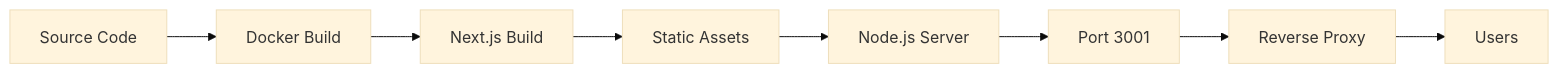
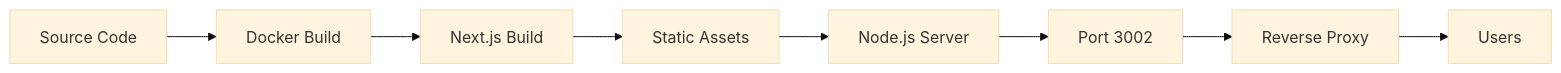
Before and after one commit to Rockerdx/vibe-profile-site: the third of 3 diagrams in ARCHITECTURE.md, drawn with Mermaid (base theme). The commit also changed other lines of this file and 4 other files, not shown here.

````diff
--- a/ARCHITECTURE.md
+++ b/ARCHITECTURE.md
@@ -163,10 +163,10 @@
 ```mermaid
 graph LR
     A[Source Code] --> B[Docker Build]
     B --> C[Next.js Build]
     C --> D[Static Assets]
     D --> E[Node.js Server]
-    E --> F[Port 3001]
+    E --> F[Port 3002]
     F --> G[Reverse Proxy]
     G --> H[Users]
 ```
````
